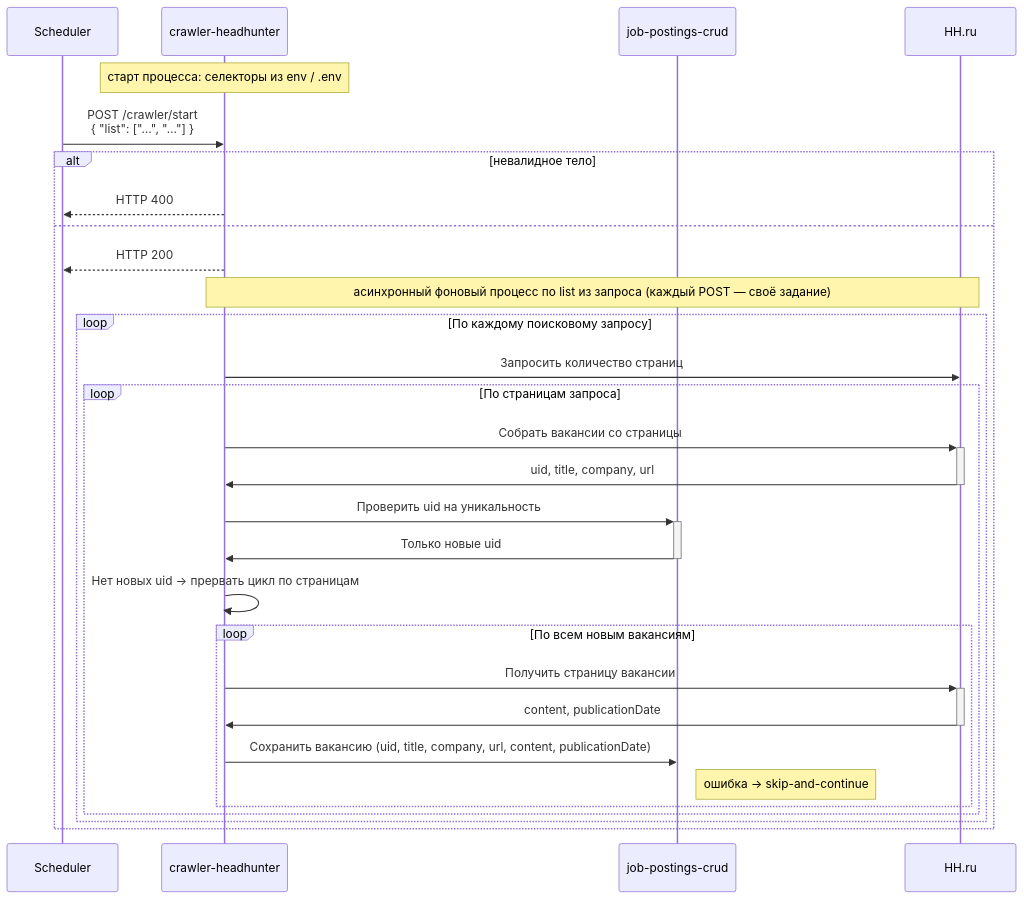
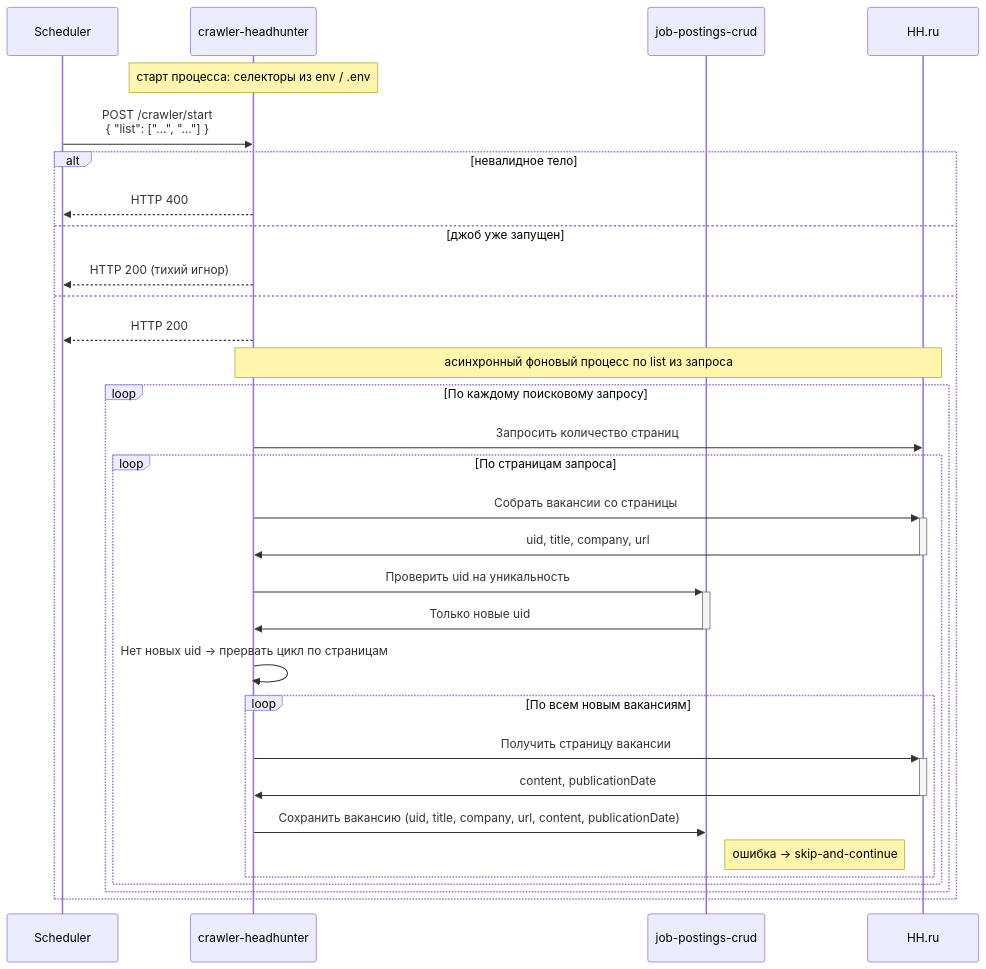
The diagram in services/crawler-headhunter/readme.md (joposcragent/specifications), drawn with Mermaid before and after one commit. The commit also changed other lines of this file and 5 other files, not shown here.

````diff
--- a/services/crawler-headhunter/readme.md
+++ b/services/crawler-headhunter/readme.md
@@ -103,37 +66,39 @@
 ```mermaid
 sequenceDiagram
     participant Scheduler
     participant Crawler as crawler-headhunter
     participant Postings as job-postings-crud
     participant HH as HH.ru
 
     Note over Crawler: старт процесса: селекторы из env / .env
 
     Scheduler->>Crawler: POST /crawler/start<br/>{ "list": ["…", "…"] }
 
     alt невалидное тело
         Crawler-->>Scheduler: HTTP 400
+    else джоб уже запущен
+        Crawler-->>Scheduler: HTTP 200 (тихий игнор)
     else
         Crawler-->>Scheduler: HTTP 200
-        Note over Crawler,HH: асинхронный фоновый процесс по list из запроса (каждый POST — своё задание)
+        Note over Crawler,HH: асинхронный фоновый процесс по list из запроса
 
         loop По каждому поисковому запросу
             Crawler->>HH: Запросить количество страниц
 
             loop По страницам запроса
                 Crawler->>+HH: Собрать вакансии со страницы
                 HH->>-Crawler: uid, title, company, url
                 Crawler->>+Postings: Проверить uid на уникальность
                 Postings->>-Crawler: Только новые uid
                 Crawler->>Crawler: Нет новых uid → прервать цикл по страницам
 
                 loop По всем новым вакансиям
                     Crawler->>+HH: Получить страницу вакансии
                     HH->>-Crawler: content, publicationDate
                     Crawler->>Postings: Сохранить вакансию (uid, title, company, url, content, publicationDate)
                     Note right of Postings: ошибка → skip-and-continue
                 end
             end
         end
     end
 ```
````
